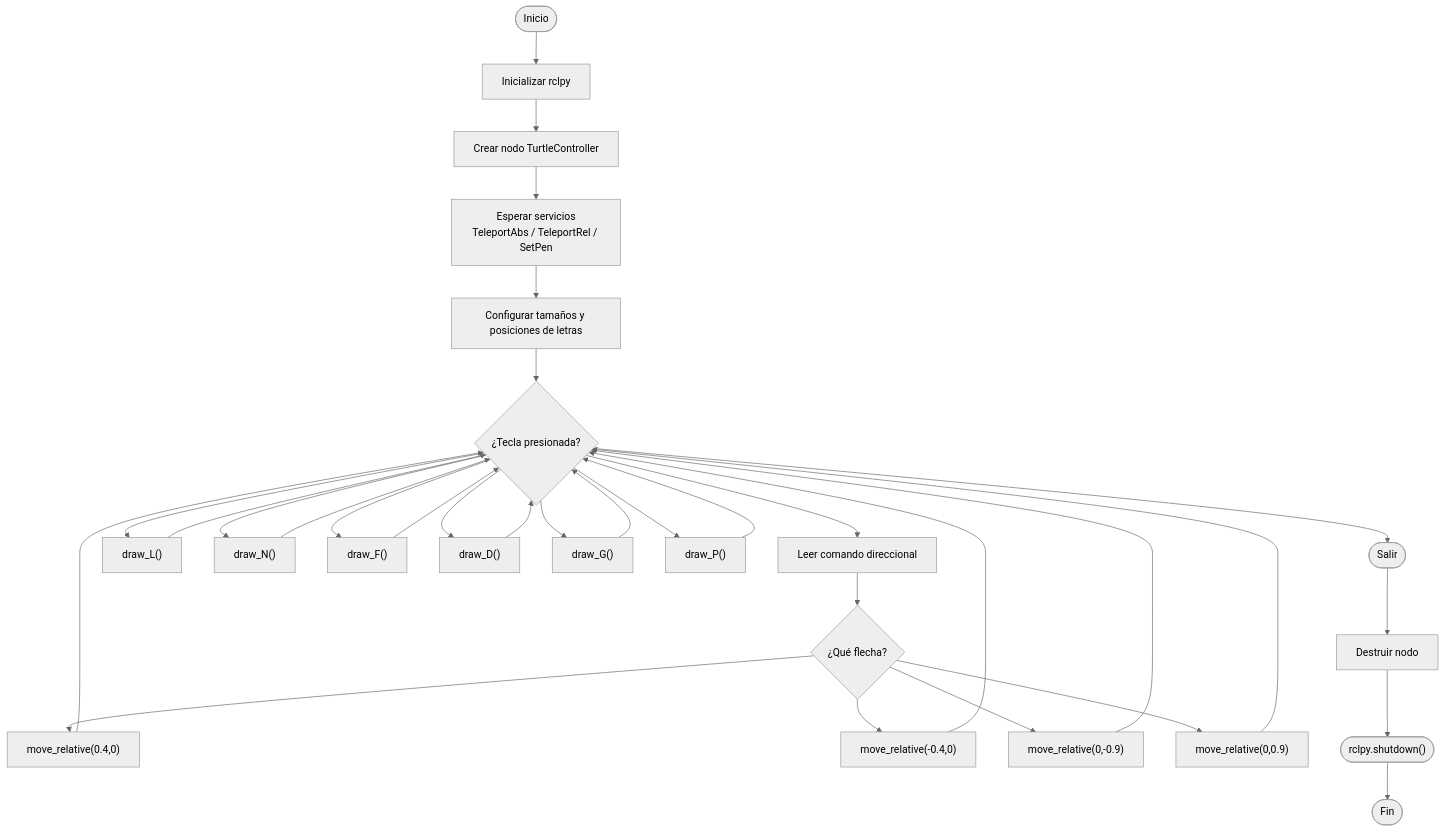
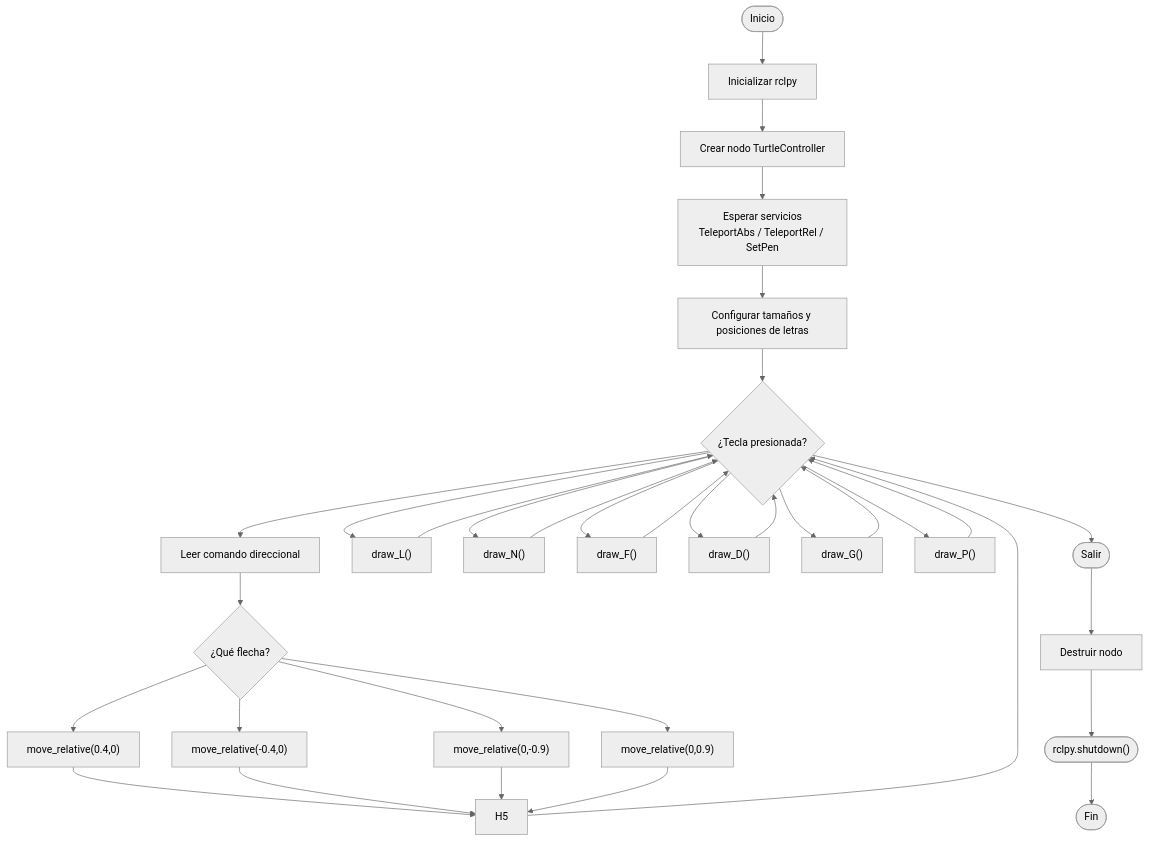
The diagram in Laboratorio4/Readme.md (davidfgar26/Robotica-UNAL-2025-2), drawn with Mermaid (neutral theme) before and after one commit.

````diff
--- a/Laboratorio4/Readme.md
+++ b/Laboratorio4/Readme.md
@@ -5,46 +5,46 @@
 ```mermaid
 flowchart TD
 
 A(["Inicio"]) --> B["Inicializar rclpy"]
 B --> C["Crear nodo TurtleController"]
 C --> D["Esperar servicios\nTeleportAbs / TeleportRel / SetPen"]
 D --> E["Configurar tamaños y posiciones de letras"]
 
 E --> F{"¿Tecla presionada?"}
 
 %% --- Movimiento con flechas ---
 F --> G["Leer comando direccional"]
 G --> H{"¿Qué flecha?"}
 H --> H1["move_relative(0.4,0)"]
 H --> H2["move_relative(-0.4,0)"]
 H --> H3["move_relative(0,-0.9)"]
 H --> H4["move_relative(0,0.9)"]
-H1 --> F
-H2 --> F
-H3 --> F
-H4 --> F
-
+H1 --> H5
+H2 --> H5
+H3 --> H5
+H4 --> H5
+H5 --> F
 %% --- Letras a dibujar ---
 F --> I["draw_L()"]
 F --> J["draw_N()"]
 F --> K["draw_F()"]
 F --> L["draw_D()"]
 F --> M["draw_G()"]
 F --> N["draw_P()"]
 
 I --> F
 J --> F
 K --> F
 L --> F
 M --> F
 N --> F
 
 %% --- Salida ---
 F --> O(["Salir"])
 O --> P["Destruir nodo"]
 P --> Q(["rclpy.shutdown()"])
 Q --> R(["Fin"])
 
 
 
 ```
````
